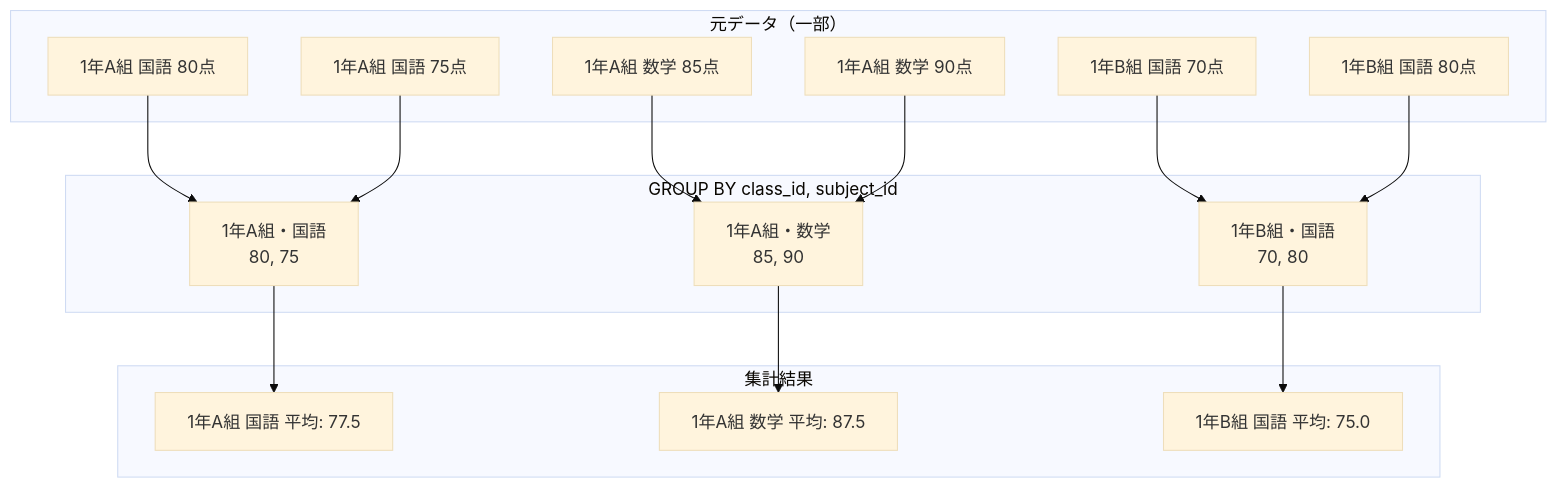
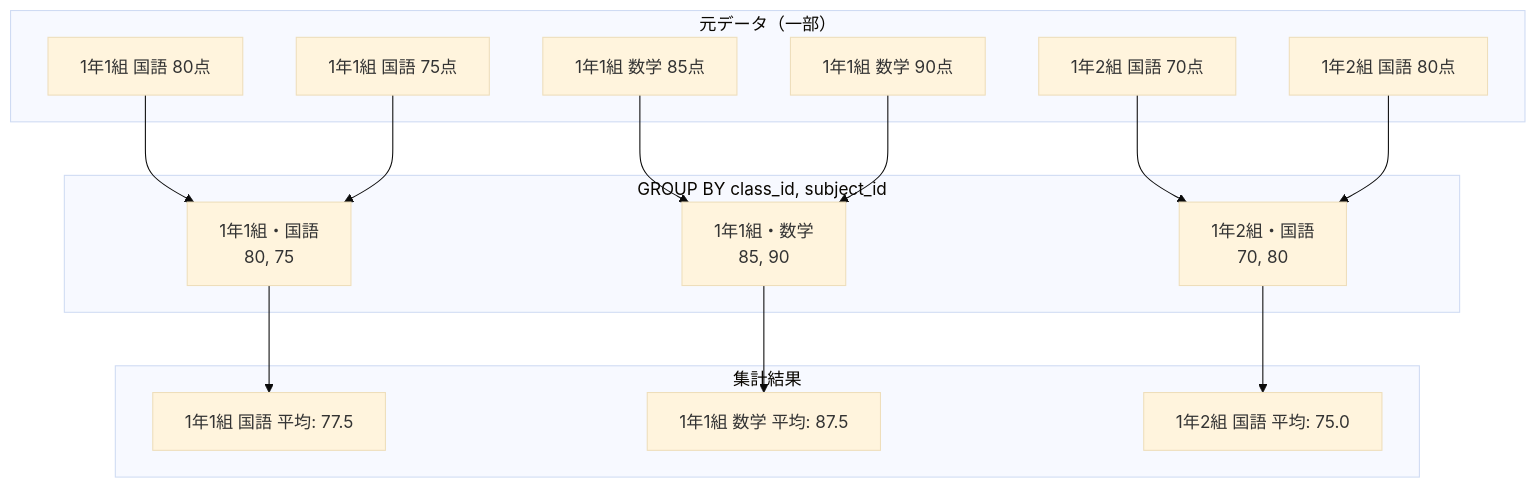
One commit to tokibito/techramen-2025-workshop changed the second of 2 diagrams in docs/source/04-groupby.rst. Above: the diagram before and after it, drawn with Mermaid (base theme). The commit also changed other lines of this file and 3 other files, not shown here.

```diff
--- a/docs/source/04-groupby.rst
+++ b/docs/source/04-groupby.rst
@@ -182,34 +182,34 @@
 .. mermaid::
 
    graph TD
        subgraph "元データ（一部）"
-           D1[1年A組 国語 80点]
-           D2[1年A組 国語 75点]
-           D3[1年A組 数学 85点]
-           D4[1年A組 数学 90点]
-           D5[1年B組 国語 70点]
-           D6[1年B組 国語 80点]
+           D1[1年1組 国語 80点]
+           D2[1年1組 国語 75点]
+           D3[1年1組 数学 85点]
+           D4[1年1組 数学 90点]
+           D5[1年2組 国語 70点]
+           D6[1年2組 国語 80点]
        end
        
        subgraph "GROUP BY class_id, subject_id"
-           G1[1年A組・国語<br/>80, 75]
-           G2[1年A組・数学<br/>85, 90]
-           G3[1年B組・国語<br/>70, 80]
+           G1[1年1組・国語<br/>80, 75]
+           G2[1年1組・数学<br/>85, 90]
+           G3[1年2組・国語<br/>70, 80]
        end
        
        subgraph "集計結果"
-           R1[1年A組 国語 平均: 77.5]
-           R2[1年A組 数学 平均: 87.5]
-           R3[1年B組 国語 平均: 75.0]
+           R1[1年1組 国語 平均: 77.5]
+           R2[1年1組 数学 平均: 87.5]
+           R3[1年2組 国語 平均: 75.0]
        end
        
        D1 --> G1
        D2 --> G1
        D3 --> G2
        D4 --> G2
        D5 --> G3
        D6 --> G3
        
        G1 --> R1
        G2 --> R2
        G3 --> R3
```
